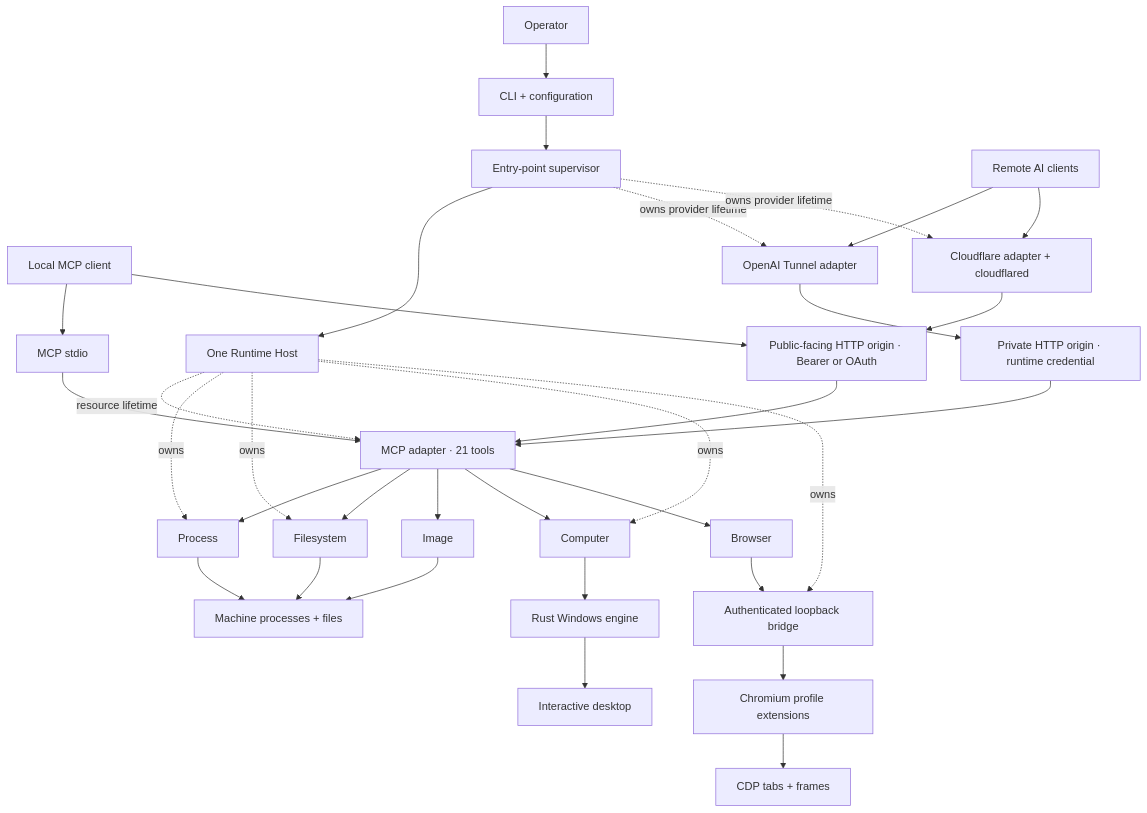
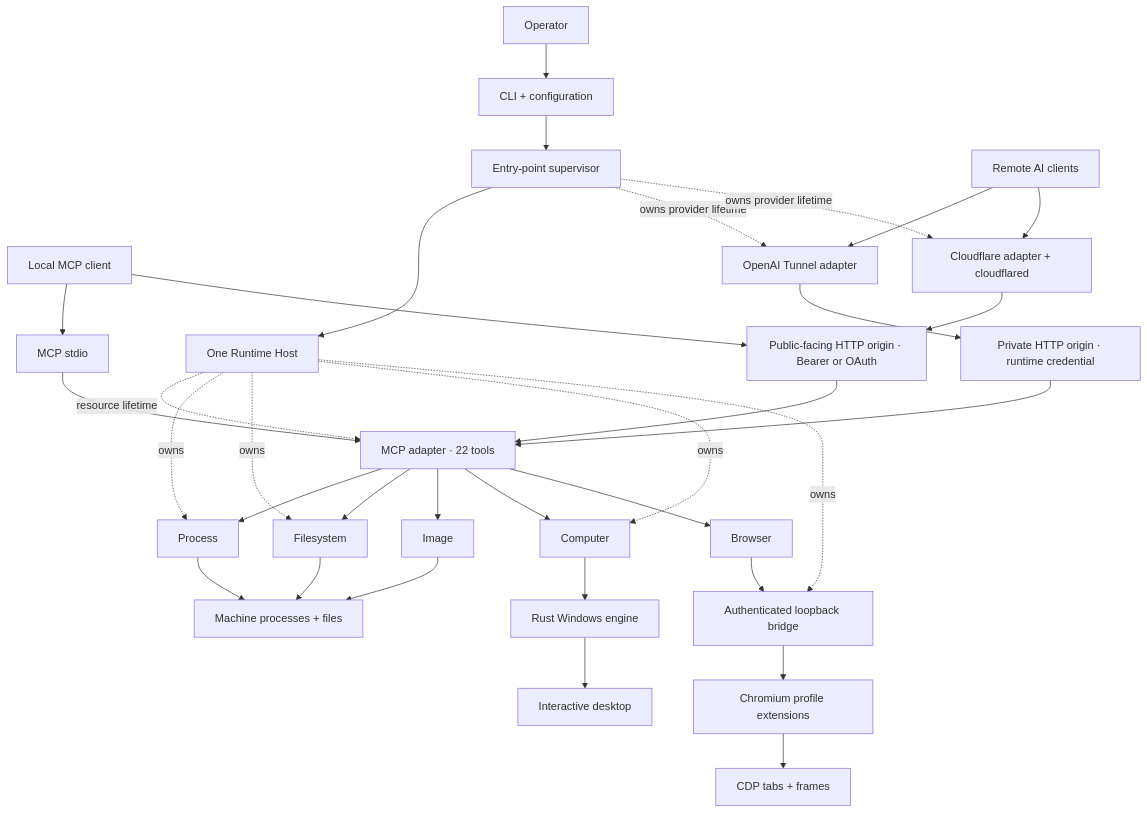
The first of 7 diagrams in README.md (hicancan/local-runtime-mcp), drawn with Mermaid before and after one commit. The commit also changed other lines of this file and 20 other files, not shown here.

````diff
--- a/README.md
+++ b/README.md
@@ -25,35 +25,35 @@
 ```mermaid
 flowchart TB
     Operator[Operator] --> CLI[CLI + configuration]
     CLI --> Supervisor[Entry-point supervisor]
     Supervisor --> Host[One Runtime Host]
     Local[Local MCP client] --> Stdio[MCP stdio]
     Local --> Public[Public-facing HTTP origin · Bearer or OAuth]
     Remote[Remote AI clients] --> OpenAI[OpenAI Tunnel adapter]
     Remote --> Cloudflare[Cloudflare adapter + cloudflared]
     OpenAI --> Private[Private HTTP origin · runtime credential]
     Cloudflare --> Public
-    Stdio --> MCP[MCP adapter · 21 tools]
+    Stdio --> MCP[MCP adapter · 22 tools]
     Private --> MCP
     Public --> MCP
     MCP --> Process[Process]
     MCP --> Files[Filesystem]
     MCP --> Image[Image]
     MCP --> Computer[Computer]
     MCP --> Browser[Browser]
     Process --> Machine[Machine processes + files]
     Files --> Machine
     Image --> Machine
     Computer --> Native[Rust Windows engine]
     Native --> Desktop[Interactive desktop]
     Browser --> Bridge[Authenticated loopback bridge]
     Bridge --> Profiles[Chromium profile extensions]
     Profiles --> CDP[CDP tabs + frames]
     Host -. resource lifetime .-> MCP
     Host -. owns .-> Process
     Host -. owns .-> Files
     Host -. owns .-> Computer
     Host -. owns .-> Bridge
     Supervisor -. owns provider lifetime .-> OpenAI
     Supervisor -. owns provider lifetime .-> Cloudflare
 ```
````
